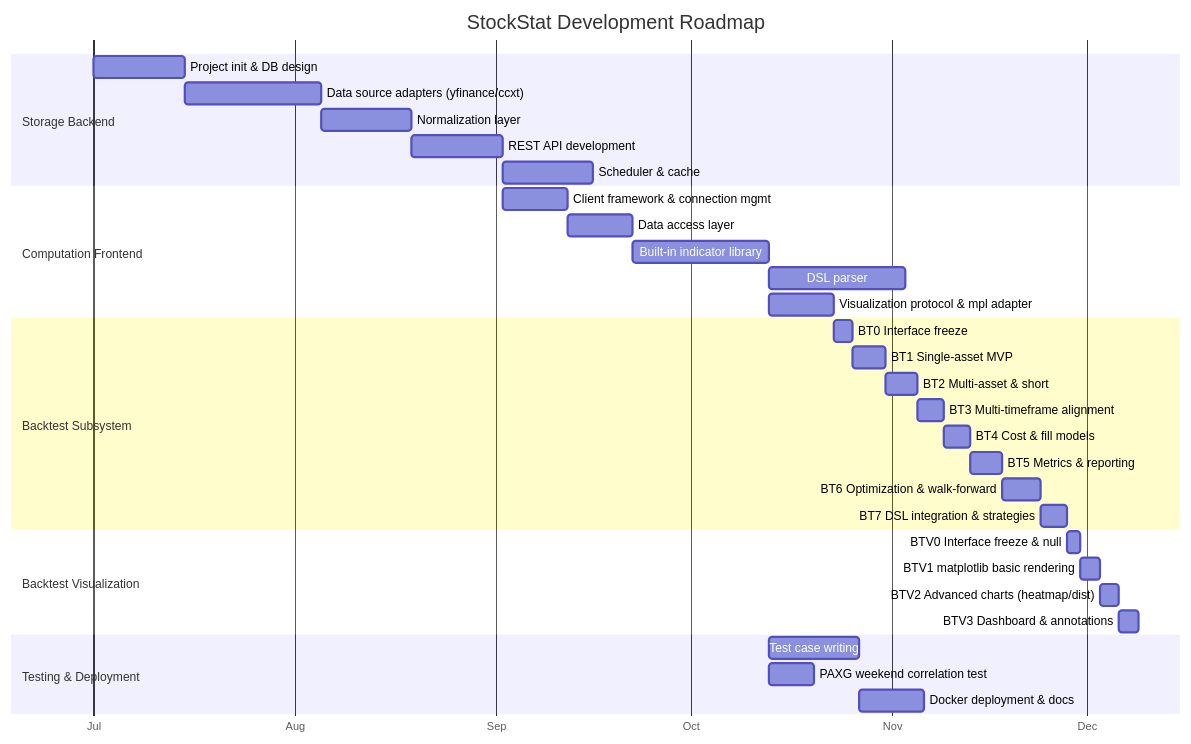
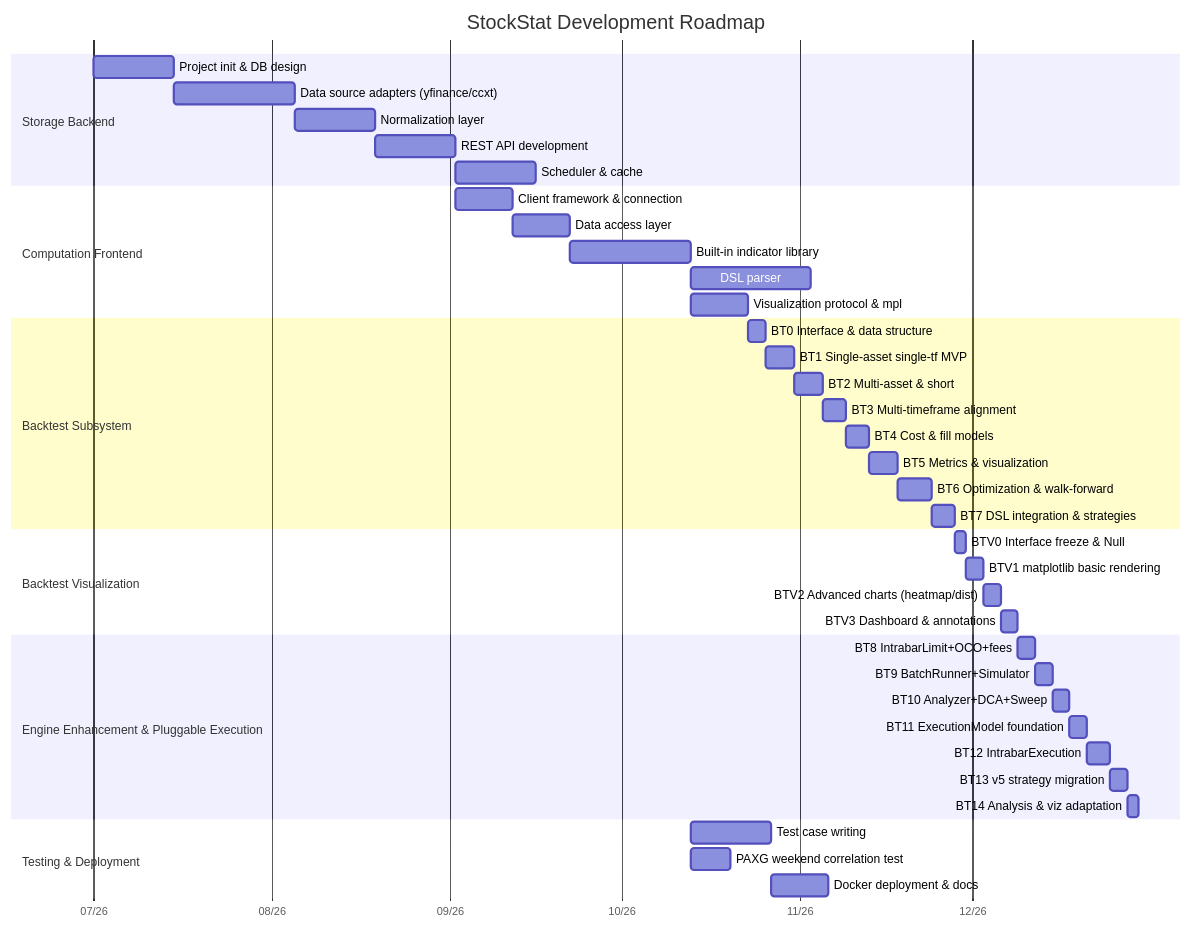
Before and after one commit to RESBI/StockStatistic: diagram 20 of 23 in DESIGN.md, drawn with Mermaid. The commit also changed other lines of this file, not shown here.

First line of the commit message:
Rewrite DESIGN.md as faithful English translation of restructured DESIGN_CN

````diff
--- a/DESIGN.md
+++ b/DESIGN.md
@@ -1675,41 +1697,50 @@
 ```mermaid
 gantt
     title StockStat Development Roadmap
     dateFormat  YYYY-MM-DD
-    axisFormat  %b
+    axisFormat  %m/%y
 
     section Storage Backend
-    Project init & DB design           :a1, 2026-07-01, 14d
+    Project init & DB design         :a1, 2026-07-01, 14d
     Data source adapters (yfinance/ccxt) :a2, after a1, 21d
-    Normalization layer                :a3, after a2, 14d
-    REST API development               :a4, after a3, 14d
-    Scheduler & cache                  :a5, after a4, 14d
+    Normalization layer              :a3, after a2, 14d
+    REST API development             :a4, after a3, 14d
+    Scheduler & cache                :a5, after a4, 14d
 
     section Computation Frontend
-    Client framework & connection mgmt :b1, after a4, 10d
-    Data access layer                  :b2, after b1, 10d
-    Built-in indicator library         :b3, after b2, 21d
-    DSL parser                         :b4, after b3, 21d
-    Visualization protocol & mpl adapter :b5, after b3, 10d
+    Client framework & connection    :b1, after a4, 10d
+    Data access layer                :b2, after b1, 10d
+    Built-in indicator library       :b3, after b2, 21d
+    DSL parser                       :b4, after b3, 21d
+    Visualization protocol & mpl     :b5, after b3, 10d
 
     section Backtest Subsystem
-    BT0 Interface freeze               :bt0, after b5, 3d
-    BT1 Single-asset MVP               :bt1, after bt0, 5d
-    BT2 Multi-asset & short            :bt2, after bt1, 5d
-    BT3 Multi-timeframe alignment      :bt3, after bt2, 4d
-    BT4 Cost & fill models             :bt4, after bt3, 4d
-    BT5 Metrics & reporting            :bt5, after bt4, 5d
-    BT6 Optimization & walk-forward    :bt6, after bt5, 6d
-    BT7 DSL integration & strategies   :bt7, after bt6, 4d
+    BT0 Interface & data structure   :bt0, after b5, 3d
+    BT1 Single-asset single-tf MVP   :bt1, after bt0, 5d
+    BT2 Multi-asset & short          :bt2, after bt1, 5d
+    BT3 Multi-timeframe alignment    :bt3, after bt2, 4d
+    BT4 Cost & fill models           :bt4, after bt3, 4d
+    BT5 Metrics & visualization      :bt5, after bt4, 5d
+    BT6 Optimization & walk-forward  :bt6, after bt5, 6d
+    BT7 DSL integration & strategies :bt7, after bt6, 4d
 
     section Backtest Visualization
-    BTV0 Interface freeze & null       :btv0, after bt7, 2d
-    BTV1 matplotlib basic rendering    :btv1, after btv0, 3d
+    BTV0 Interface freeze & Null     :btv0, after bt7, 2d
+    BTV1 matplotlib basic rendering  :btv1, after btv0, 3d
     BTV2 Advanced charts (heatmap/dist) :btv2, after btv1, 3d
-    BTV3 Dashboard & annotations       :btv3, after btv2, 3d
+    BTV3 Dashboard & annotations     :btv3, after btv2, 3d
+
+    section Engine Enhancement & Pluggable Execution
+    BT8 IntrabarLimit+OCO+fees       :bt8, after btv3, 3d
+    BT9 BatchRunner+Simulator        :bt9, after bt8, 3d
+    BT10 Analyzer+DCA+Sweep          :bt10, after bt9, 3d
+    BT11 ExecutionModel foundation   :bt11, after bt10, 3d
+    BT12 IntrabarExecution           :bt12, after bt11, 4d
+    BT13 v5 strategy migration       :bt13, after bt12, 3d
+    BT14 Analysis & viz adaptation   :bt14, after bt13, 2d
 
     section Testing & Deployment
-    Test case writing                  :c1, after b3, 14d
-    PAXG weekend correlation test      :c2, after b3, 7d
-    Docker deployment & docs           :c3, after c1, 10d
+    Test case writing                :c1, after b3, 14d
+    PAXG weekend correlation test    :c2, after b3, 7d
+    Docker deployment & docs         :c3, after c1, 10d
 ```
````
